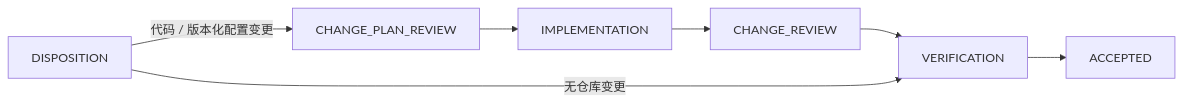
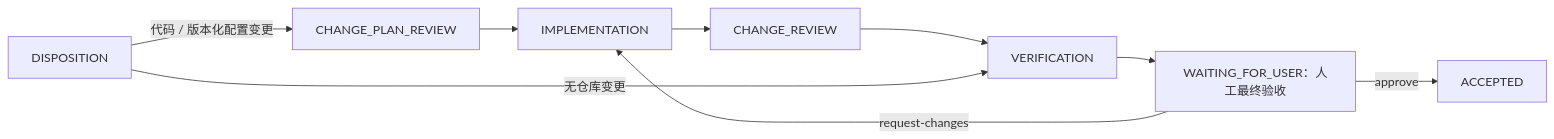
The second of 5 diagrams in docs/01-产品定义/扩展/fix-扩展.md (ZHOUKAILIAN/my-pi-extension), drawn with Mermaid before and after one commit. The commit also changed other lines of this file and 8 other files, not shown here.

````diff
--- a/docs/01-产品定义/扩展/fix-扩展.md
+++ b/docs/01-产品定义/扩展/fix-扩展.md
@@ -67,9 +71,11 @@
 ```mermaid
 flowchart LR
   disposition[DISPOSITION] -->|代码 / 版本化配置变更| plan[CHANGE_PLAN_REVIEW]
   plan --> implementation[IMPLEMENTATION]
   implementation --> pr[CHANGE_REVIEW]
   pr --> verification[VERIFICATION]
   disposition -->|无仓库变更| verification
-  verification --> accepted[ACCEPTED]
+  verification --> human[WAITING_FOR_USER：人工最终验收]
+  human -->|approve| accepted[ACCEPTED]
+  human -->|request-changes| implementation
 ```
````
